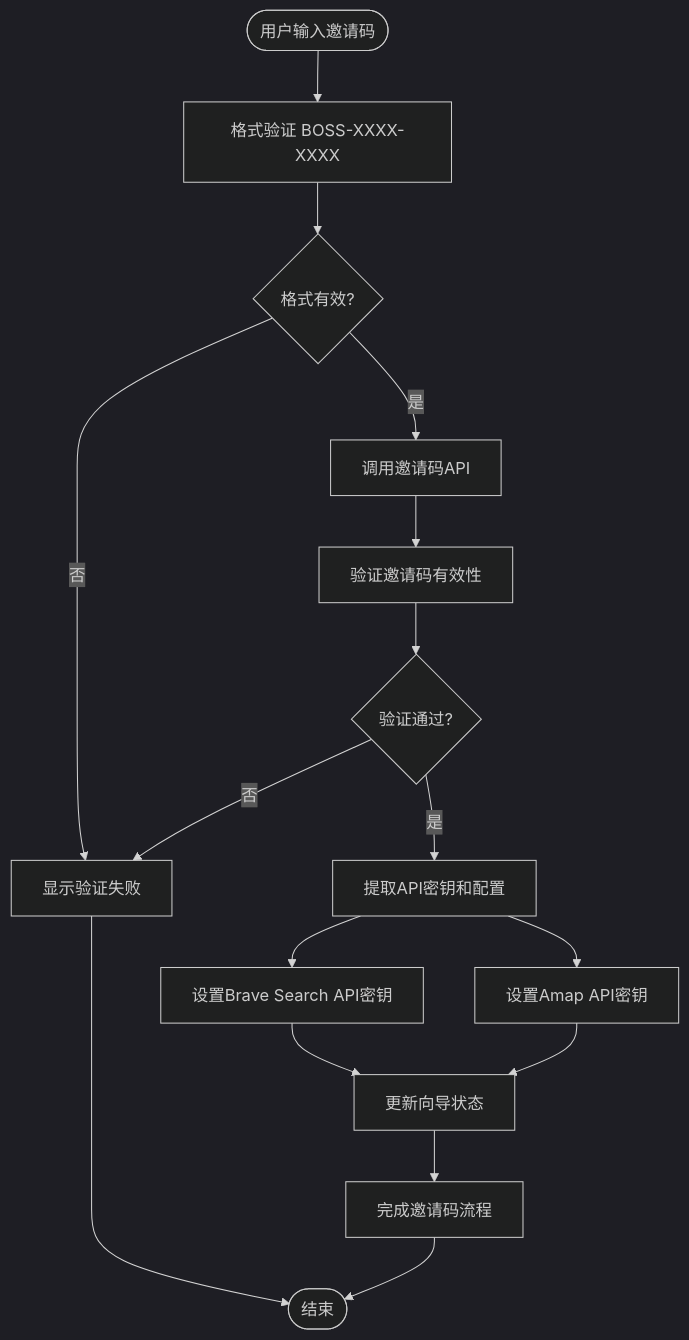
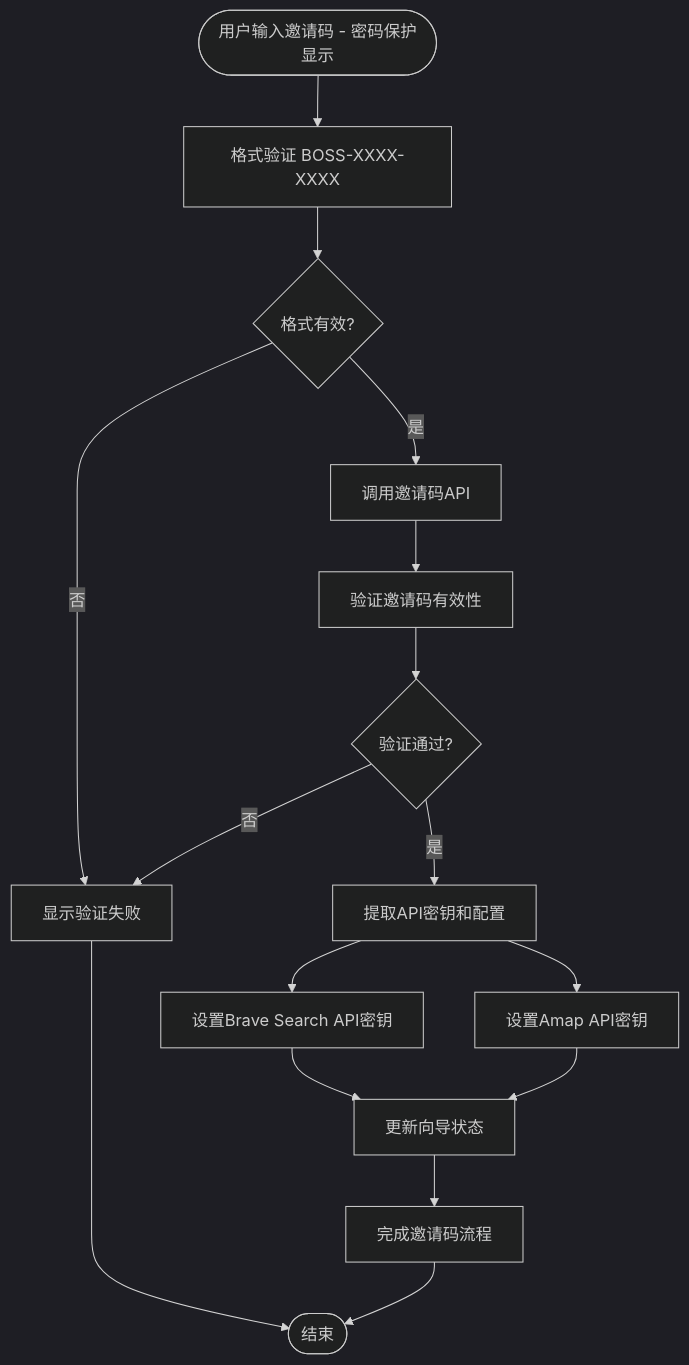
The sixth of 13 diagrams in .qoder/repowiki/zh/content/设置向导集成指南.md (verse-ai-org/openclaw), drawn with Mermaid (dark theme) before and after one commit. The commit also changed other lines of this file and 22 other files, not shown here.

````diff
--- a/.qoder/repowiki/zh/content/设置向导集成指南.md
+++ b/.qoder/repowiki/zh/content/设置向导集成指南.md
@@ -387,18 +388,18 @@
 ```mermaid
 flowchart TD
-Start([用户输入邀请码]) --> FormatCheck[格式验证 BOSS-XXXX-XXXX]
+Start([用户输入邀请码 - 密码保护显示]) --> FormatCheck[格式验证 BOSS-XXXX-XXXX]
 FormatCheck --> ValidFormat{格式有效?}
 ValidFormat --> |否| ShowError[显示格式错误]
 ValidFormat --> |是| CallAPI[调用邀请码API]
 CallAPI --> ValidateAPI[验证邀请码有效性]
 ValidateAPI --> ValidCode{验证通过?}
 ValidCode --> |否| ShowError[显示验证失败]
 ValidCode --> |是| ExtractKeys[提取API密钥和配置]
 ExtractKeys --> SetBraveKey[设置Brave Search API密钥]
 ExtractKeys --> SetAmapKey[设置Amap API密钥]
 SetBraveKey --> UpdateState[更新向导状态]
 SetAmapKey --> UpdateState
 UpdateState --> Complete[完成邀请码流程]
 ShowError --> End([结束])
 Complete --> End
 ```
````
